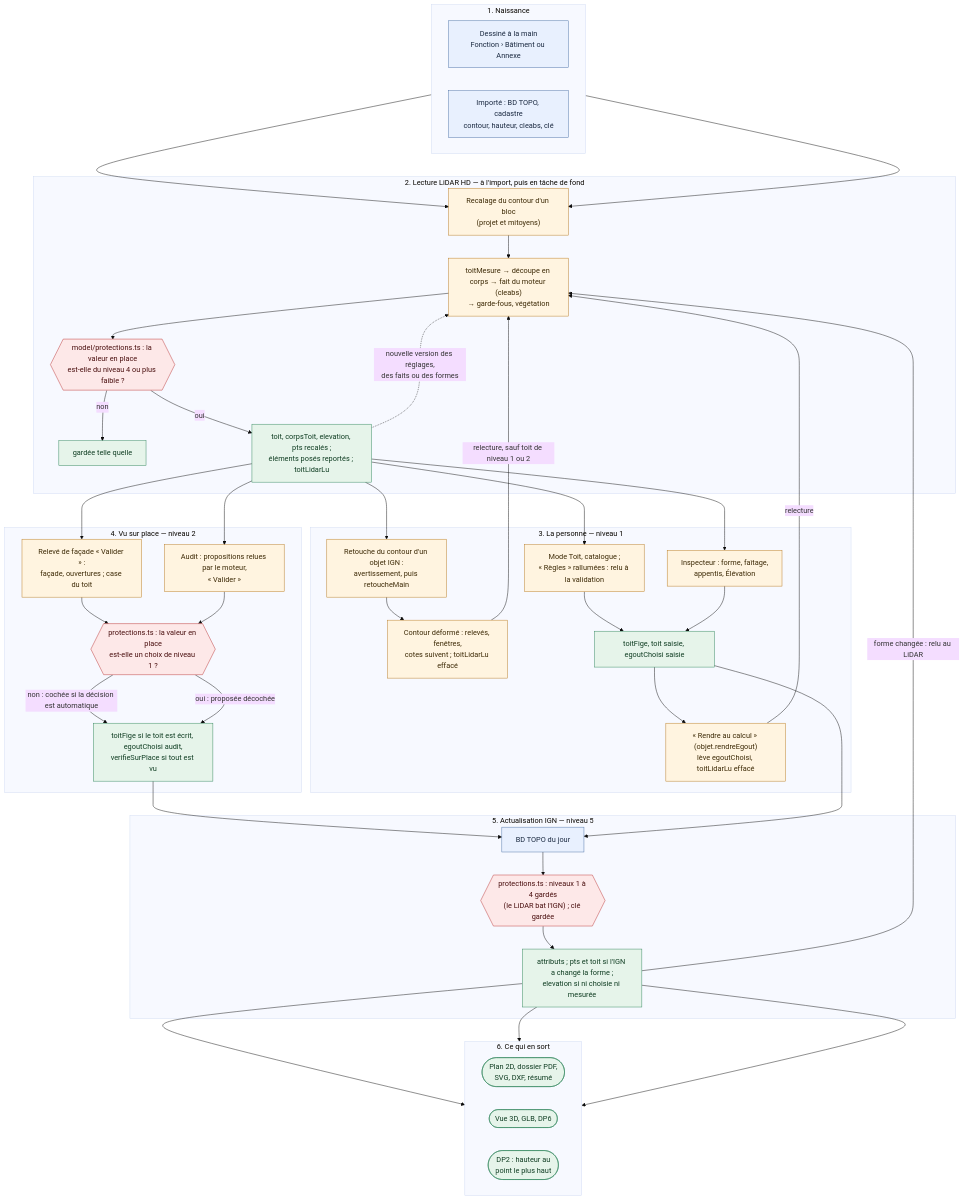
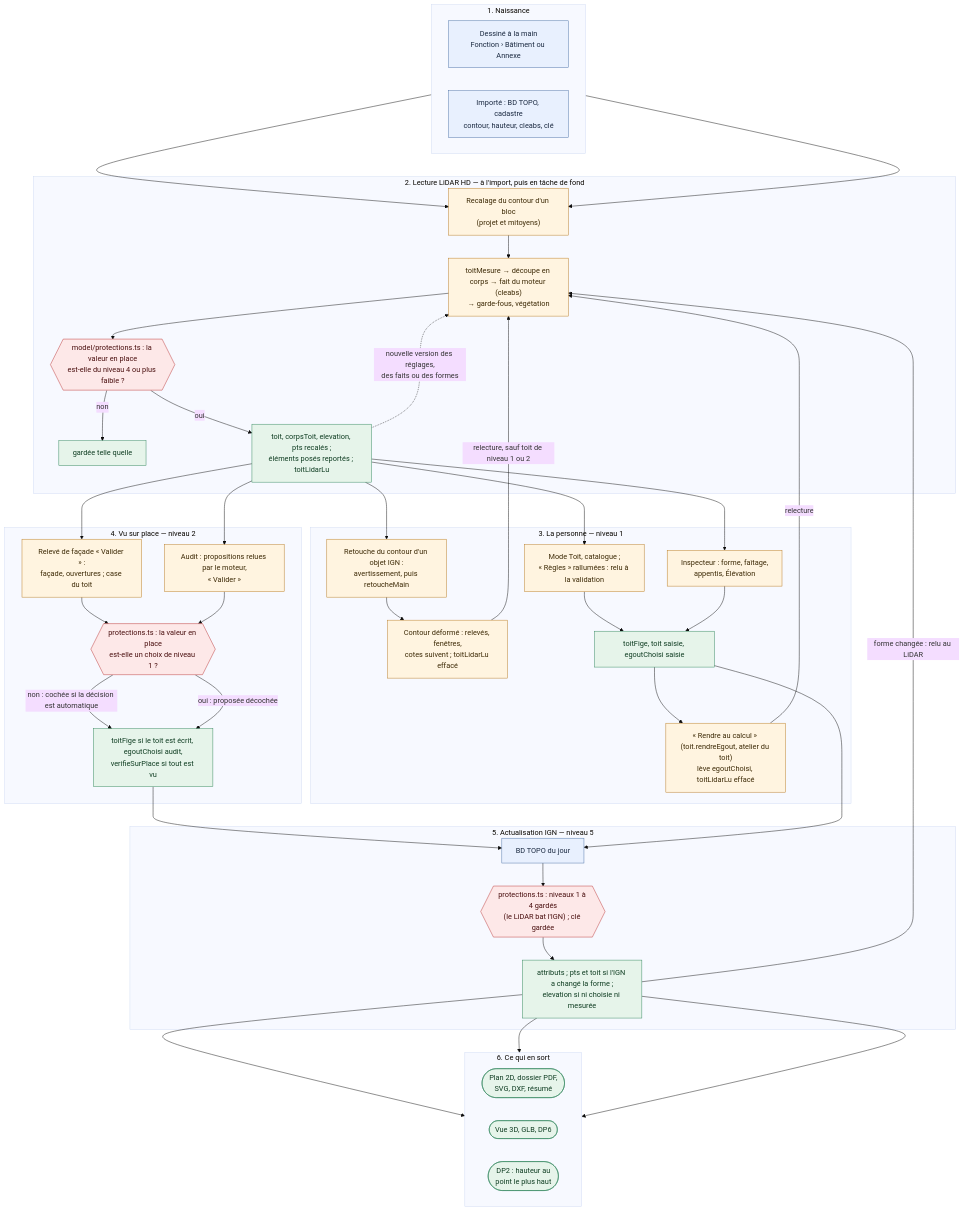
The first of 4 diagrams in MD/spec-flux-batiment.md (bertrandra/plan), drawn with Mermaid (base theme) before and after one commit. The commit also changed other lines of this file and 14 other files, not shown here.

First line of the commit message:
Atelier du toit : tests, documentation et point de fumée 209 des réglages du bâtiment

````diff
--- a/MD/spec-flux-batiment.md
+++ b/MD/spec-flux-batiment.md
@@ -62,70 +62,70 @@
 ```mermaid
 flowchart TB
   classDef src fill:#e8f0fe,stroke:#4a6fa5,color:#1b2a41
   classDef act fill:#fff4e0,stroke:#b7791f,color:#3d2a06
   classDef dec fill:#fde8e8,stroke:#b83232,color:#4a0f0f
   classDef imp fill:#e6f4ea,stroke:#2f855a,color:#0f3d22
 
   subgraph P1["1. Naissance"]
     direction LR
     n1["Dessiné à la main<br/>Fonction › Bâtiment ou Annexe"]:::src
     n2["Importé : BD TOPO, cadastre<br/>contour, hauteur, cleabs, clé"]:::src
   end
 
   subgraph P2["2. Lecture LiDAR HD — à l'import, puis en tâche de fond"]
     l1["Recalage du contour d'un bloc<br/>(projet et mitoyens)"]:::act
     l2["toitMesure → découpe en corps → fait du moteur (cleabs)<br/>→ garde-fous, végétation"]:::act
     q1{{"model/protections.ts : la valeur en place<br/>est-elle du niveau 4 ou plus faible ?"}}:::dec
     g1["gardée telle quelle"]:::imp
     l3["toit, corpsToit, elevation, pts recalés ;<br/>éléments posés reportés ; toitLidarLu"]:::imp
   end
 
   subgraph P3["3. La personne — niveau 1"]
     m1["Mode Toit, catalogue ;<br/>« Règles » rallumées : relu à la validation"]:::act
     m2["Inspecteur : forme, faîtage,<br/>appentis, Élévation"]:::act
     m4["Retouche du contour d'un objet IGN :<br/>avertissement, puis retoucheMain"]:::act
     m5["Contour déformé : relevés, fenêtres,<br/>cotes suivent ; toitLidarLu effacé"]:::act
     k1["toitFige, toit saisie, egoutChoisi saisie"]:::imp
-    m3["« Rendre au calcul » (objet.rendreEgout)<br/>lève egoutChoisi, toitLidarLu effacé"]:::act
+    m3["« Rendre au calcul » (toit.rendreEgout, atelier du toit)<br/>lève egoutChoisi, toitLidarLu effacé"]:::act
   end
 
   subgraph P4["4. Vu sur place — niveau 2"]
     r1["Relevé de façade « Valider » :<br/>façade, ouvertures ; case du toit"]:::act
     a1["Audit : propositions relues par le moteur,<br/>« Valider »"]:::act
     q2{{"protections.ts : la valeur en place<br/>est-elle un choix de niveau 1 ?"}}:::dec
     k2["toitFige si le toit est écrit, egoutChoisi audit,<br/>verifieSurPlace si tout est vu"]:::imp
   end
 
   subgraph P5["5. Actualisation IGN — niveau 5"]
     i1["BD TOPO du jour"]:::src
     q3{{"protections.ts : niveaux 1 à 4 gardés<br/>(le LiDAR bat l'IGN) ; clé gardée"}}:::dec
     i2["attributs ; pts et toit si l'IGN a changé la forme ;<br/>elevation si ni choisie ni mesurée"]:::imp
   end
 
   subgraph P6["6. Ce qui en sort"]
     direction LR
     o1(["Plan 2D, dossier PDF,<br/>SVG, DXF, résumé"]):::imp
     o2(["Vue 3D, GLB, DP6"]):::imp
     o3(["DP2 : hauteur au<br/>point le plus haut"]):::imp
   end
 
   n1 & n2 --> l1 --> l2 --> q1
   q1 -->|"oui"| l3
   q1 -->|"non"| g1
   l3 --> m1 & m2 & m4
   m1 & m2 --> k1
   k1 --> m3
   m4 --> m5
   m3 -->|"relecture"| l2
   m5 -->|"relecture, sauf toit de niveau 1 ou 2"| l2
   l3 --> r1 & a1
   r1 & a1 --> q2
   q2 -->|"non : cochée si la décision est automatique"| k2
   q2 -->|"oui : proposée décochée"| k2
   k2 --> i1
   k1 --> i1
   i1 --> q3 --> i2
   i2 -->|"forme changée : relu au LiDAR"| l2
   l3 -.->|"nouvelle version des réglages,<br/>des faits ou des formes"| l2
   i2 --> o1 & o2 & o3
 ```
````
